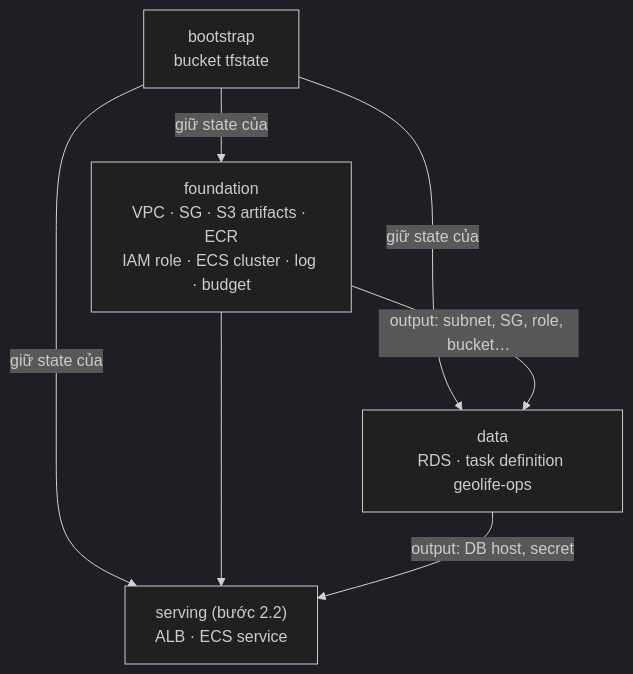
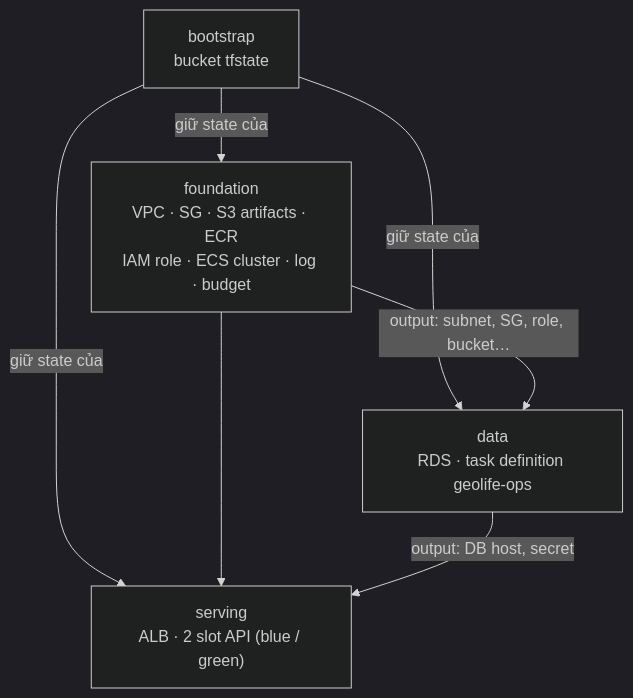
The second of 8 diagrams in docs/infra/overview.md (Gaohonggg/GeolifeGPS-trajectory), drawn with Mermaid (dark theme) before and after one commit. The commit also changed other lines of this file and 2 other files, not shown here.

First line of the commit message:
docs: document data and serving stacks, rename infra overview

````diff
--- a/docs/infra/overview.md
+++ b/docs/infra/overview.md
@@ -55,11 +56,11 @@
 ```mermaid
 flowchart TB
   b["bootstrap<br/>bucket tfstate"]
   f["foundation<br/>VPC · SG · S3 artifacts · ECR<br/>IAM role · ECS cluster · log · budget"]
   d["data<br/>RDS · task definition geolife-ops"]
-  s["serving (bước 2.2)<br/>ALB · ECS service"]
+  s["serving<br/>ALB · 2 slot API (blue / green)"]
   b -->|"giữ state của"| f & d & s
   f -->|"output: subnet, SG, role, bucket…"| d
   f --> s
   d -->|"output: DB host, secret"| s
 ```
````
